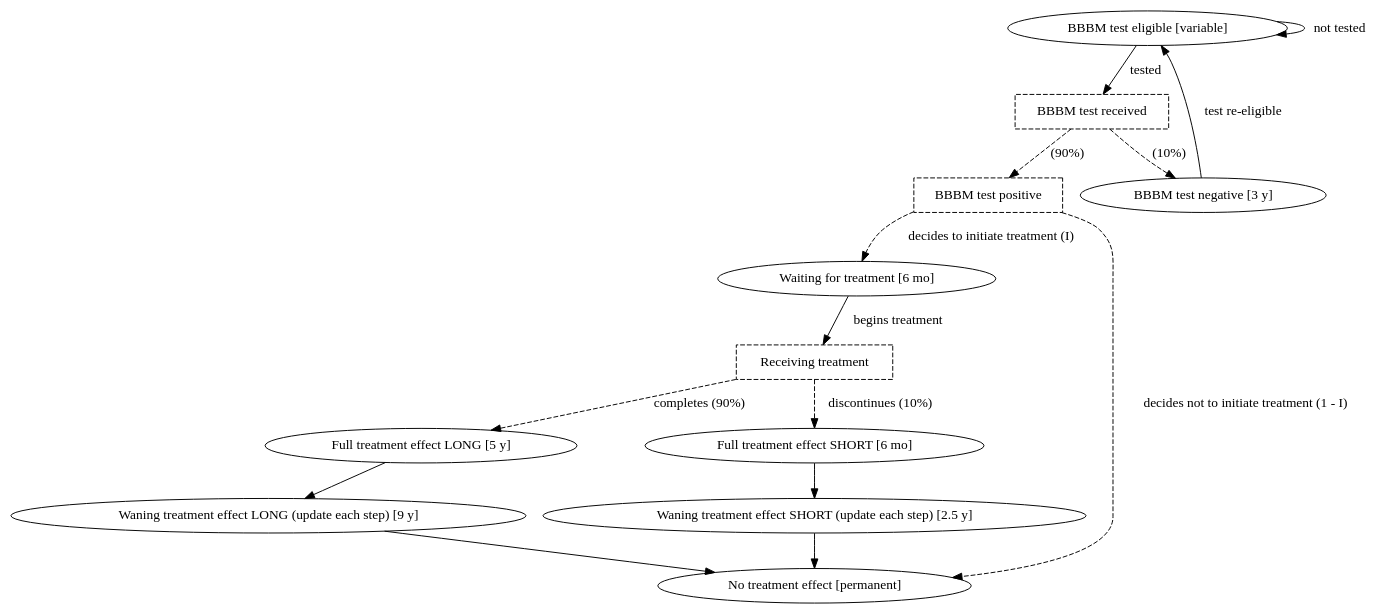
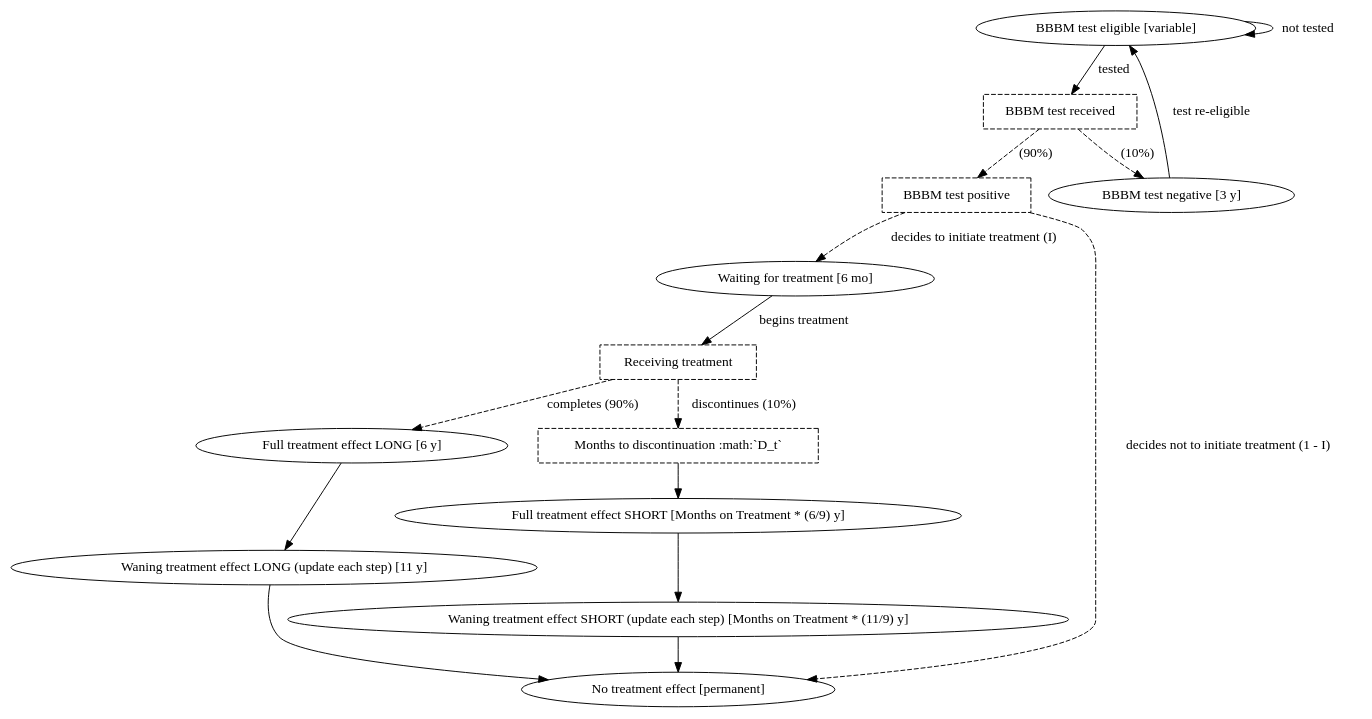
One commit to ihmeuw/vivarium_research changed the diagram in docs/source/models/intervention_models/alzheimers/hypothetical_treatment.rst. Above: the diagram before and after it, drawn with Graphviz. The commit also changed other lines of this file, not shown here.

Commit message:
Testing adding updates, issues with graphviz

```diff
--- a/docs/source/models/intervention_models/alzheimers/hypothetical_treatment.rst
+++ b/docs/source/models/intervention_models/alzheimers/hypothetical_treatment.rst
@@ -83,42 +83,44 @@
 .. graphviz::
 
     digraph treatment_states {
         rankdir = TB;
         el [label="BBBM test eligible [variable]"]
         test [label="BBBM test received", style=dashed, shape=box]
 
         pos [label="BBBM test positive", style=dashed, shape=box]
         neg [label="BBBM test negative [3 y]"]
 
         wait [label="Waiting for treatment [6 mo]"]
         in_treat [label="Receiving treatment", style=dashed, shape=box]
         no_treat [label="No treatment effect [permanent]"]
 
-        treat [label="Full treatment effect LONG [5 y]"]
-        wane [label="Waning treatment effect LONG (update each step) [9 y]"]
+        treat [label="Full treatment effect LONG [6 y]"]
+        wane [label="Waning treatment effect LONG (update each step) [11 y]"]
 
-        treat_short [label = "Full treatment effect SHORT [6 mo]"]
-        wane_short [label = "Waning treatment effect SHORT (update each step) [2.5 y]"]
-
+        discon_time [label = "Months to discontinuation :math:`D_t`", style=dashed, shape=box]
+        treat_short [label = "Full treatment effect SHORT [Months on Treatment * (6/9) y]"]
+        wane_short [label = "Waning treatment effect SHORT (update each step) [Months on Treatment * (11/9) y]"]
 
         el -> test [label = "tested"]
         el -> el [label = "not tested"]
 
         test -> pos  [label = "(90%)", style=dashed]
         test -> neg [label = "(10%)", style=dashed]
         neg -> el [label = "test re-eligible"]
 
         pos -> wait [label = "decides to initiate treatment (I)", style=dashed]
         pos -> no_treat [label = "decides not to initiate treatment (1 - I)", style=dashed]
 
         wait -> in_treat [label = "begins treatment"]
         in_treat -> treat [label = "completes (90%)", style=dashed]
-        in_treat -> treat_short [label = "discontinues (10%)", style=dashed]
+
+        in_treat -> discon_time [label = "discontinues (10%)", style=dashed]
+        discon_time -> treat_short
 
         treat_short -> wane_short
         wane_short -> no_treat
 
         treat -> wane 
 
         wane -> no_treat
     }
```
